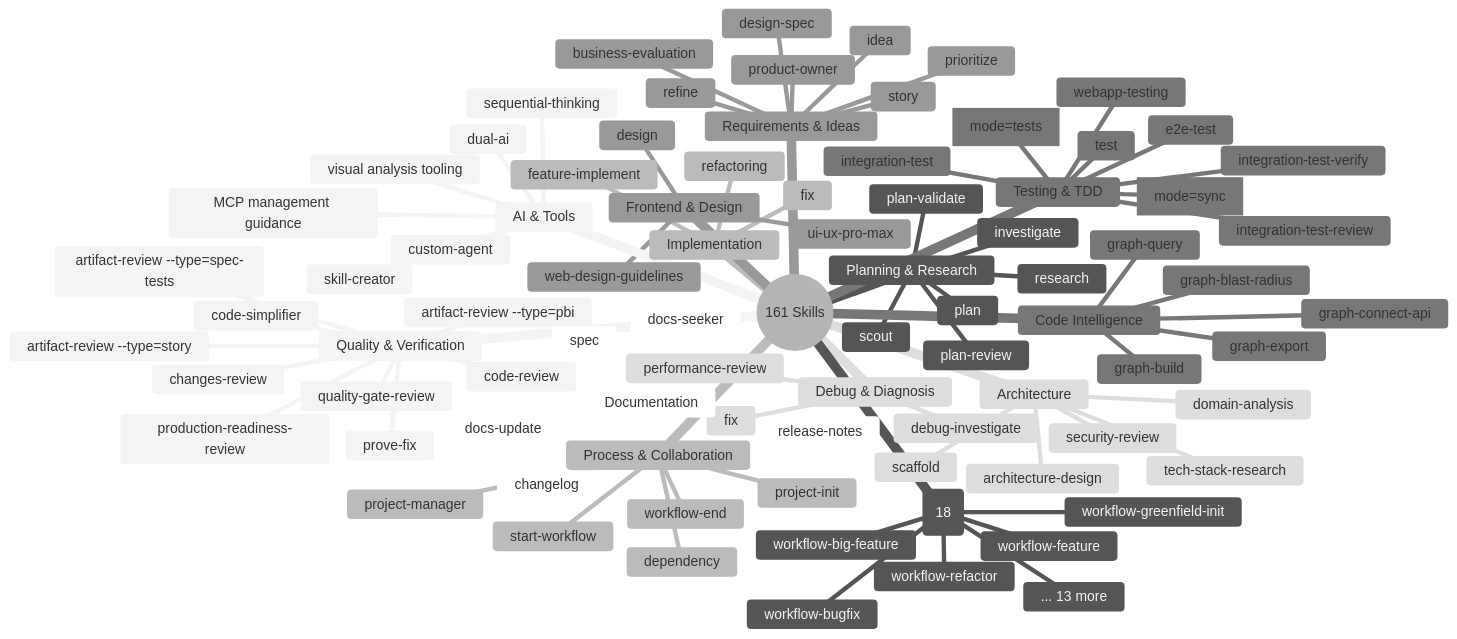
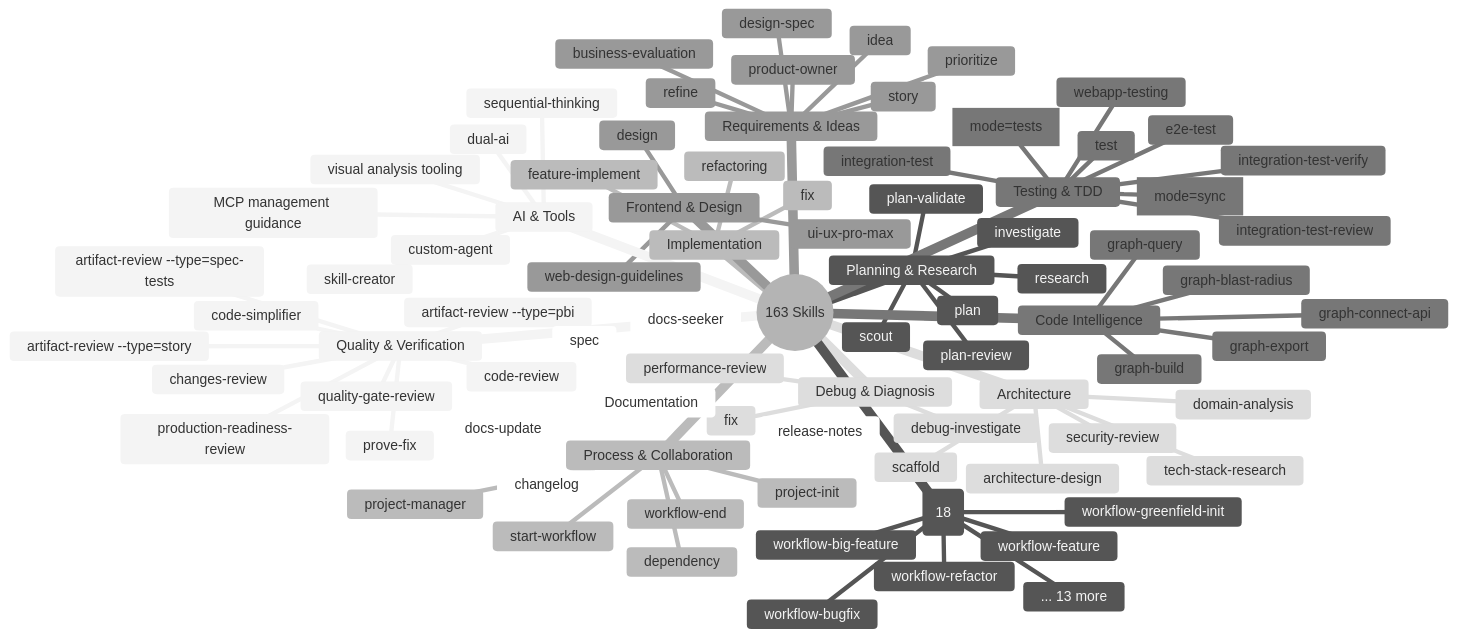
Before and after one commit to duc01226/easy-claude: the fifth of 20 diagrams in .claude/docs/claude-ai-agent-framework-guide.md, drawn with Mermaid (neutral theme). The commit also changed other lines of this file and 24 other files, not shown here.

````diff
--- a/.claude/docs/claude-ai-agent-framework-guide.md
+++ b/.claude/docs/claude-ai-agent-framework-guide.md
@@ -460,6 +460,6 @@
 ```mermaid
 mindmap
-  root((161 Skills))
+  root((163 Skills))
     Quality & Verification
       code-review
       prove-fix
````
